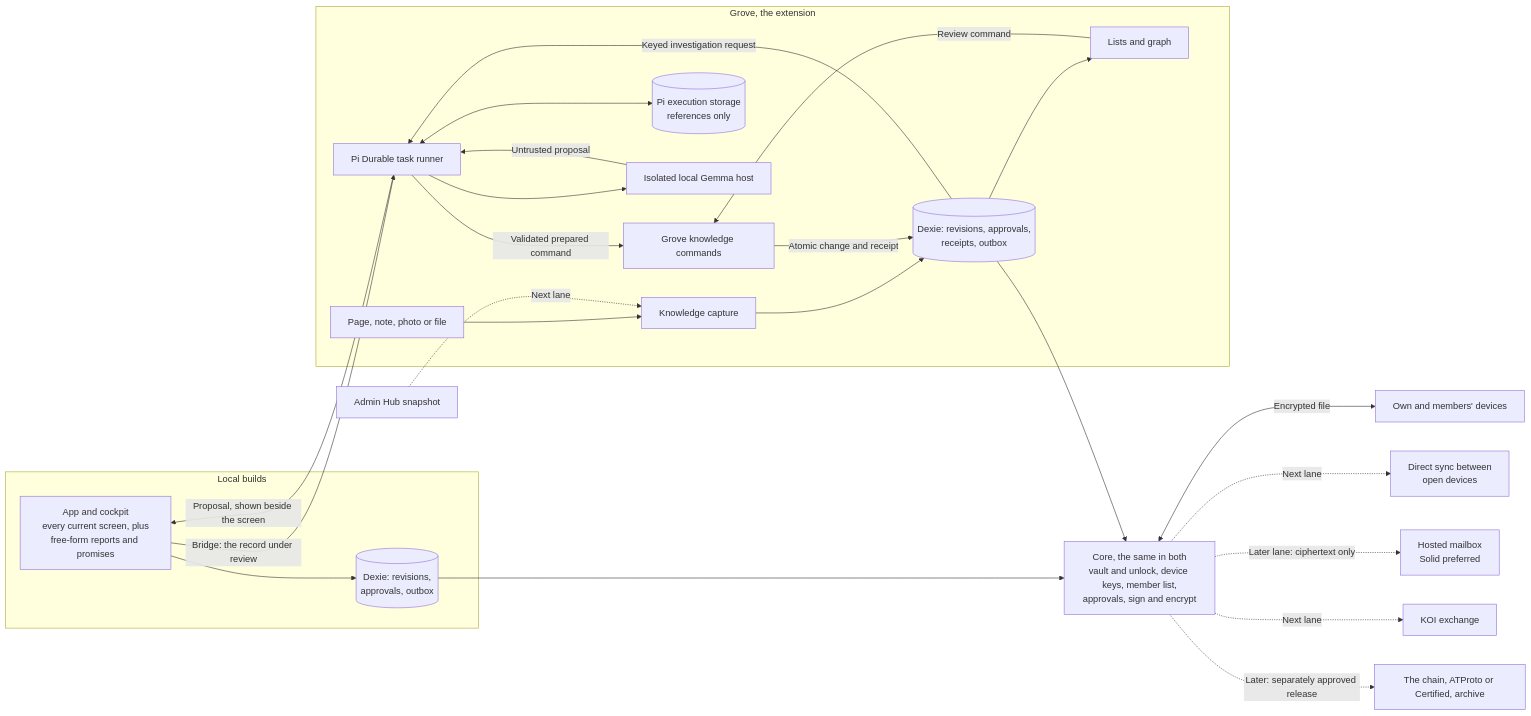
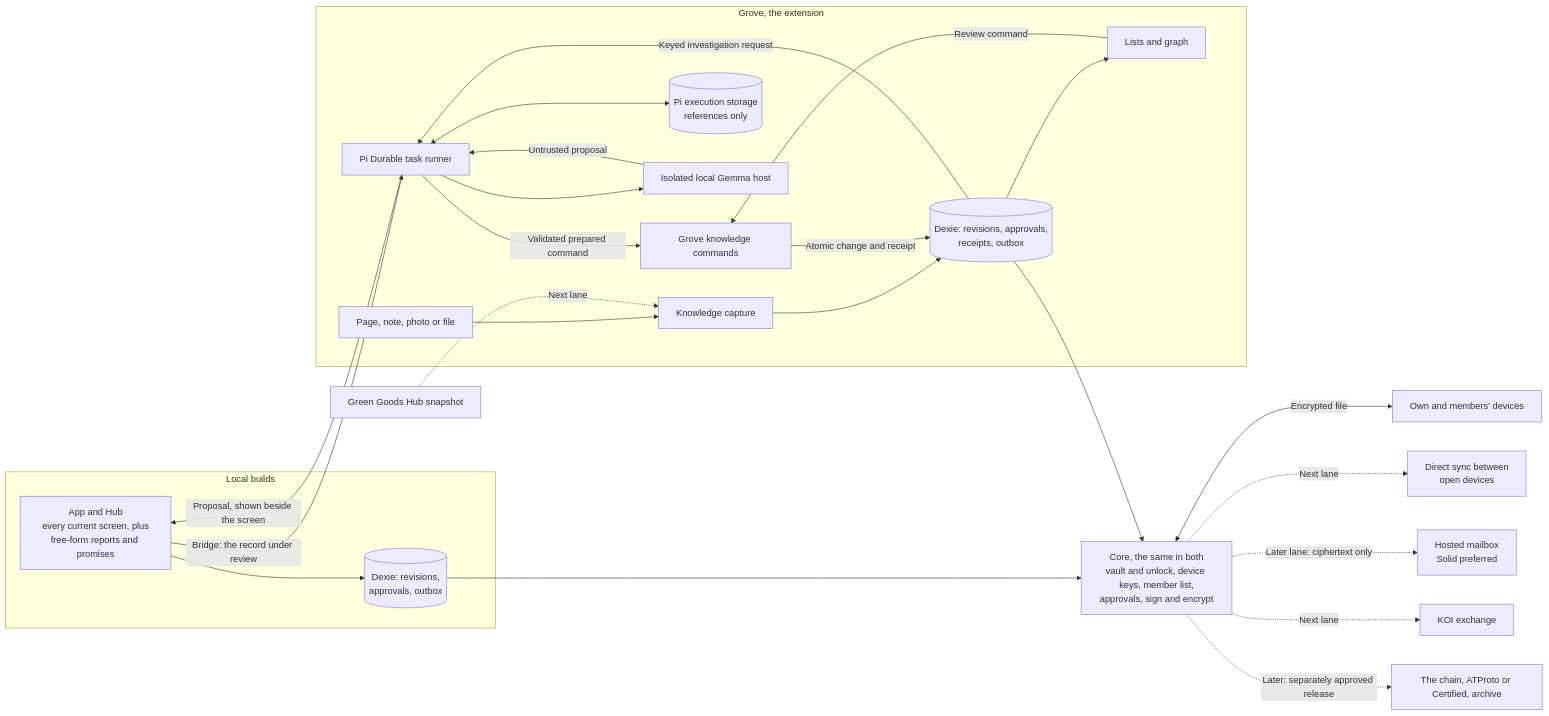
One commit to greenpill-dev-guild/green-goods changed the diagram in .plans/ideas/grove/spec.md. Above: the diagram before and after it, drawn with Mermaid. The commit also changed other lines of this file and 10 other files, not shown here.

First line of the commit message:
docs(plans): name the local steward surface Green Goods Hub

````diff
--- a/.plans/ideas/grove/spec.md
+++ b/.plans/ideas/grove/spec.md
@@ -264,29 +264,29 @@
 ```mermaid
 flowchart LR
   subgraph PHONE["Local builds"]
-    PCap["App and cockpit<br/>every current screen, plus<br/>free-form reports and promises"] --> PDB[("Dexie: revisions,<br/>approvals, outbox")]
+    PCap["App and Hub<br/>every current screen, plus<br/>free-form reports and promises"] --> PDB[("Dexie: revisions,<br/>approvals, outbox")]
   end
   subgraph LAPTOP["Grove, the extension"]
     Page["Page, note, photo or file"] --> Cap["Knowledge capture"]
     Cap --> DB[("Dexie: revisions, approvals,<br/>receipts, outbox")]
     DB -->|"Keyed investigation request"| Runner["Pi Durable task runner"]
     Runner <--> PS[("Pi execution storage<br/>references only")]
     Runner --> Model["Isolated local Gemma host"]
     Model -->|"Untrusted proposal"| Runner
     Runner -->|"Validated prepared command"| Cmd["Grove knowledge commands"]
     Cmd -->|"Atomic change and receipt"| DB
     DB --> Views["Lists and graph"]
     Views -->|"Review command"| Cmd
   end
   Core["Core, the same in both<br/>vault and unlock, device keys, member list,<br/>approvals, sign and encrypt"]
   PDB --> Core
   DB --> Core
   PCap -->|"Bridge: the record under review"| Runner
   Runner -->|"Proposal, shown beside the screen"| PCap
   Core <-->|"Encrypted file"| Peers["Own and members' devices"]
   Core -.->|"Next lane"| Sync["Direct sync between<br/>open devices"]
   Core -.->|"Later lane: ciphertext only"| Store["Hosted mailbox<br/>Solid preferred"]
-  Hub["Admin Hub snapshot"] -.->|"Next lane"| Cap
+  Hub["Green Goods Hub snapshot"] -.->|"Next lane"| Cap
   Core -.->|"Next lane"| KOI["KOI exchange"]
   Core -.->|"Later: separately approved release"| Public["The chain, ATProto or Certified, archive"]
 ```
````
